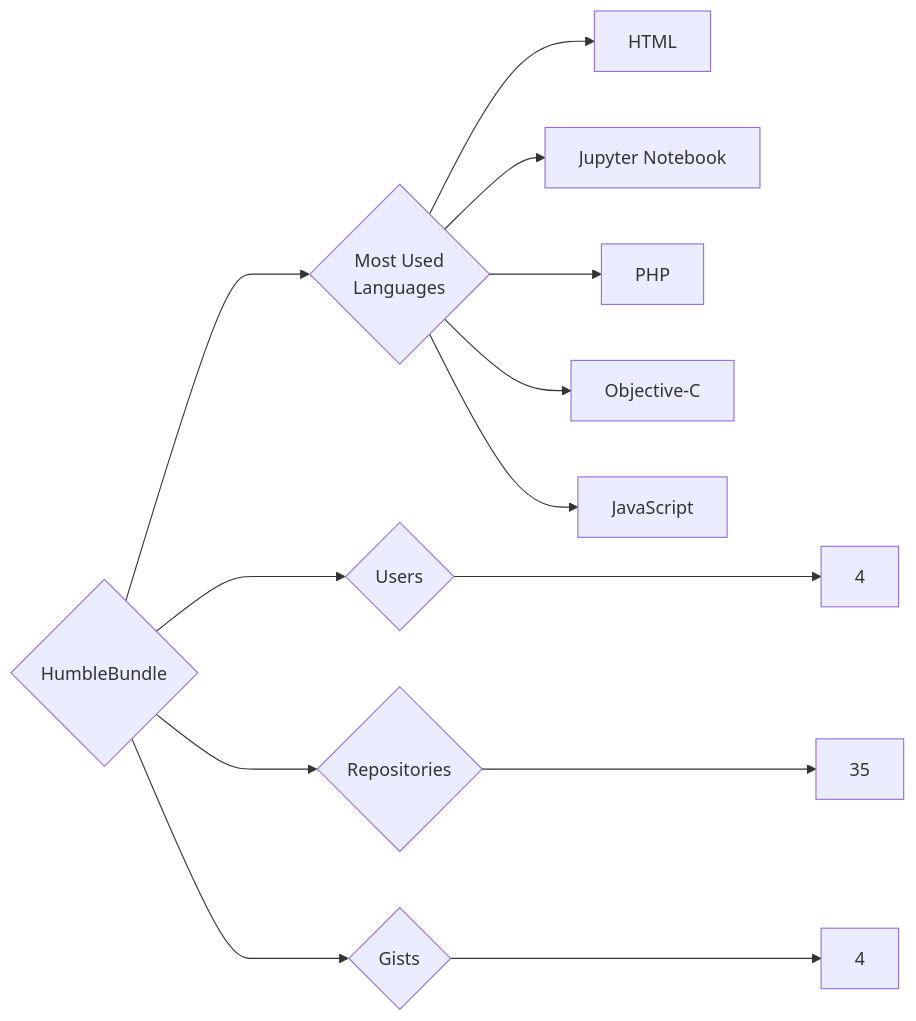
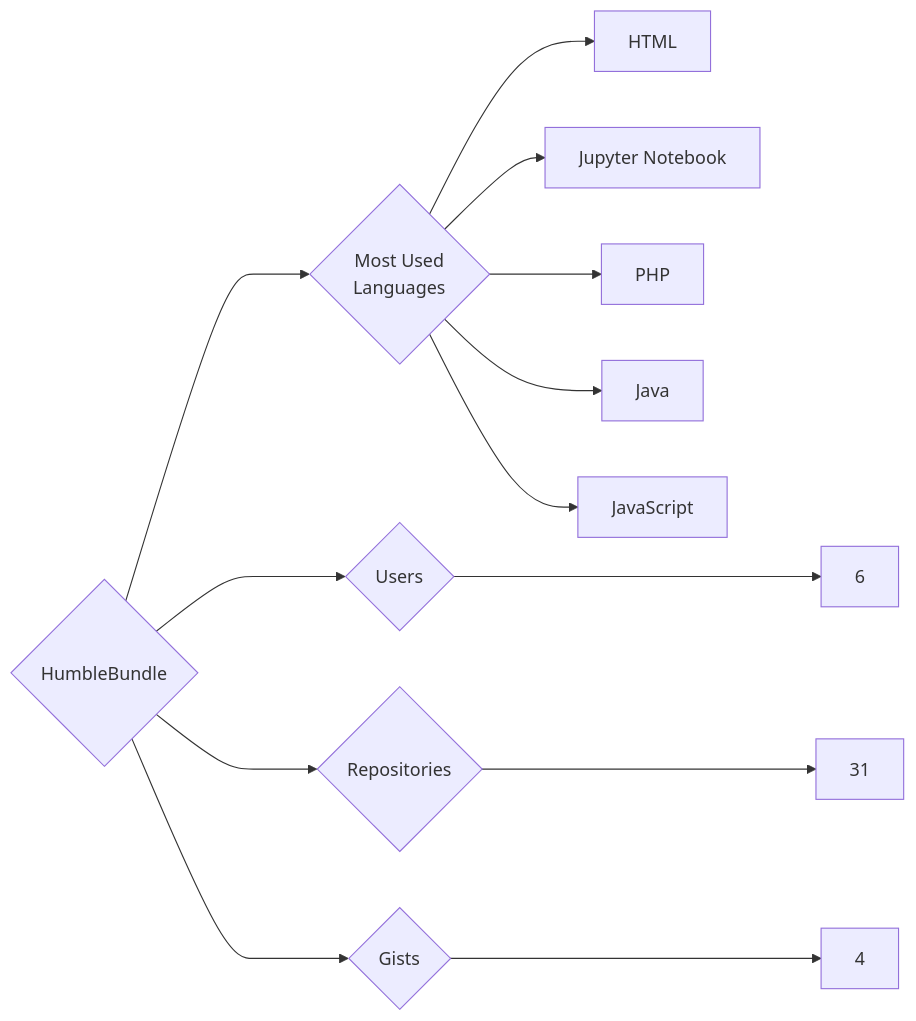
One commit to trickest/insiders changed the diagram in targets/HumbleBundle/README.md. Above: the diagram before and after it, drawn with Mermaid. The commit also changed 1166 other files, not shown here.

````diff
--- a/targets/HumbleBundle/README.md
+++ b/targets/HumbleBundle/README.md
@@ -3,13 +3,13 @@
 ```mermaid
 graph LR
 COMPANY_NAME{HumbleBundle}
-COMPANY_NAME ---> U{Users} ---> UN[4]
-COMPANY_NAME ---> R{Repositories} ---> RN[35]
+COMPANY_NAME ---> U{Users} ---> UN[6]
+COMPANY_NAME ---> R{Repositories} ---> RN[31]
 COMPANY_NAME ---> G{Gists} ---> GN[4]
 COMPANY_NAME ---> ML{Most Used<br>Languages}
 ML --> HTML[HTML]
 ML --> Jupyter_Notebook[Jupyter Notebook]
 ML --> PHP[PHP]
-ML --> Objective-C[Objective-C]
+ML --> Java[Java]
 ML --> JavaScript[JavaScript]
 ```
````
